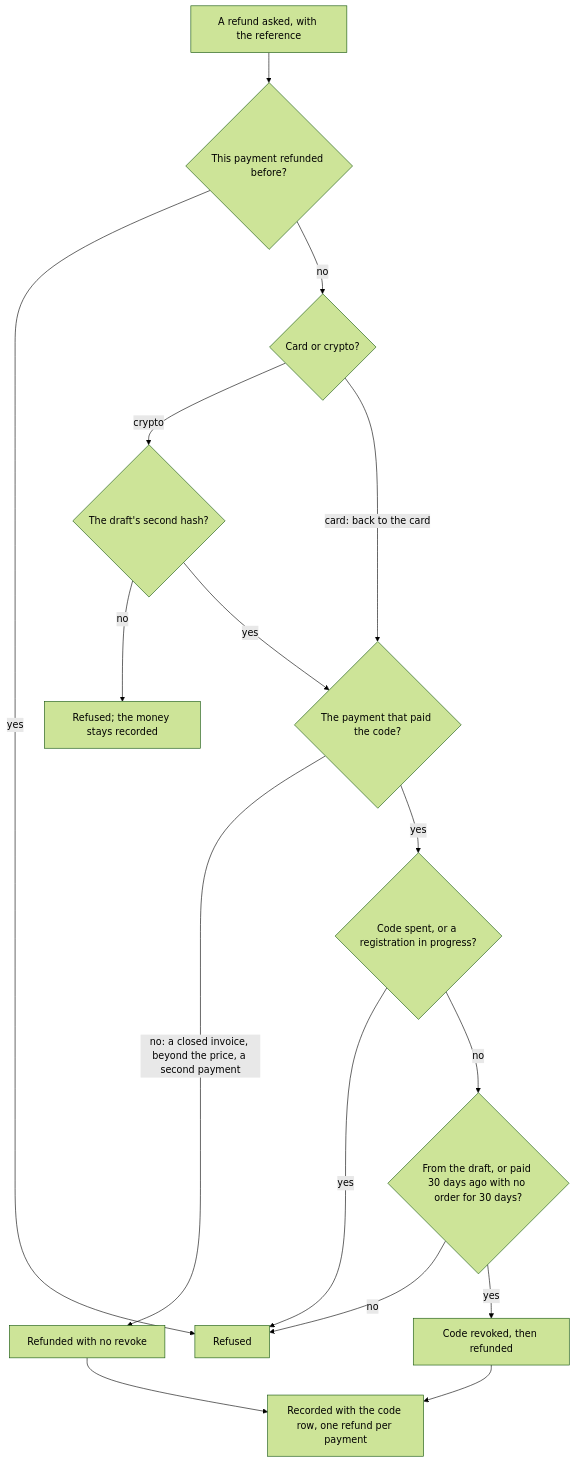
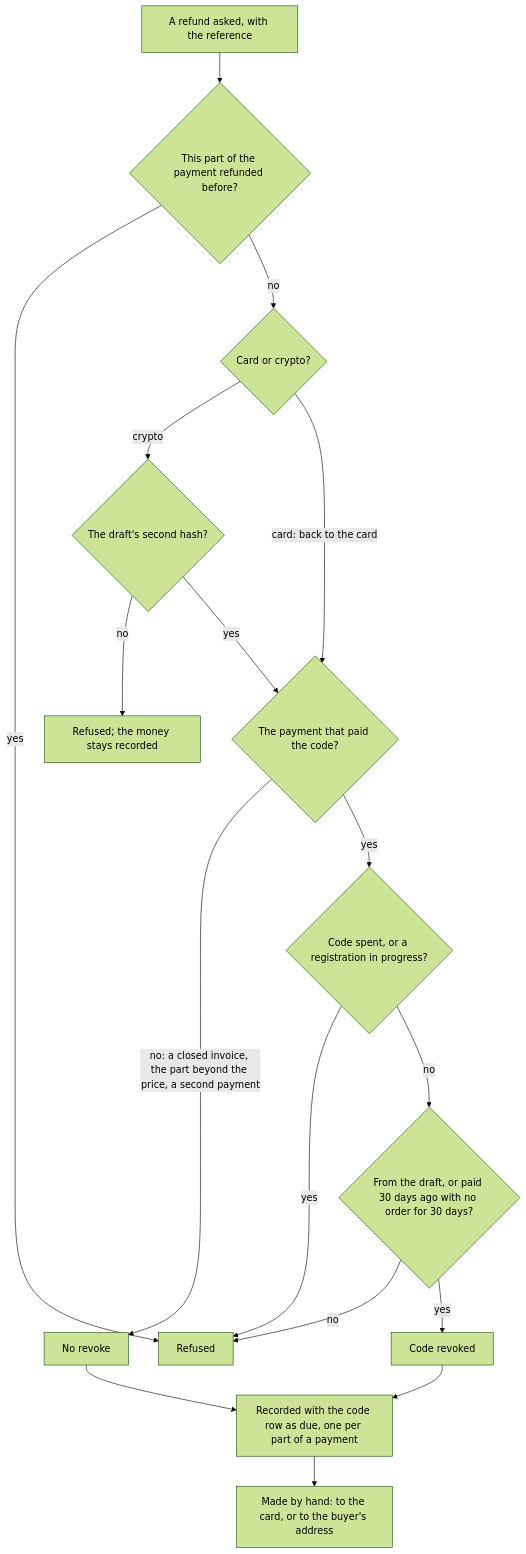
Before and after one commit to simplex-chat/simplex-chat: the second of 6 diagrams in plans/2026-10-30-names-in-app-purchases.md, drawn with Mermaid (forest theme). The commit also changed other lines of this file, not shown here.

Commit message:
docs: names plan records browser refunds as due, once per part

````diff
--- a/plans/2026-10-30-names-in-app-purchases.md
+++ b/plans/2026-10-30-names-in-app-purchases.md
@@ -452,18 +452,19 @@
 ```mermaid
 flowchart TD
-  ask["A refund asked, with the reference"] --> again{"This payment refunded before?"}
+  ask["A refund asked, with the reference"] --> again{"This part of the payment refunded before?"}
   again -->|yes| refused["Refused"]
   again -->|no| how{"Card or crypto?"}
   how -->|crypto| draft{"The draft's second hash?"}
   draft -->|no| kept["Refused; the money stays recorded"]
   draft -->|yes| which
   how -->|"card: back to the card"| which{"The payment that paid the code?"}
-  which -->|"no: a closed invoice, beyond the price, a second payment"| other["Refunded with no revoke"]
+  which -->|"no: a closed invoice, the part beyond the price, a second payment"| other["No revoke"]
   which -->|yes| busy{"Code spent, or a registration in progress?"}
   busy -->|yes| refused
   busy -->|no| when{"From the draft, or paid 30 days ago with no order for 30 days?"}
   when -->|no| refused
-  when -->|yes| revoke["Code revoked, then refunded"]
-  other --> record["Recorded with the code row, one refund per payment"]
+  when -->|yes| revoke["Code revoked"]
+  other --> record["Recorded with the code row as due, one per part of a payment"]
   revoke --> record
+  record --> paid["Made by hand: to the card, or to the buyer's address"]
 ```
````
